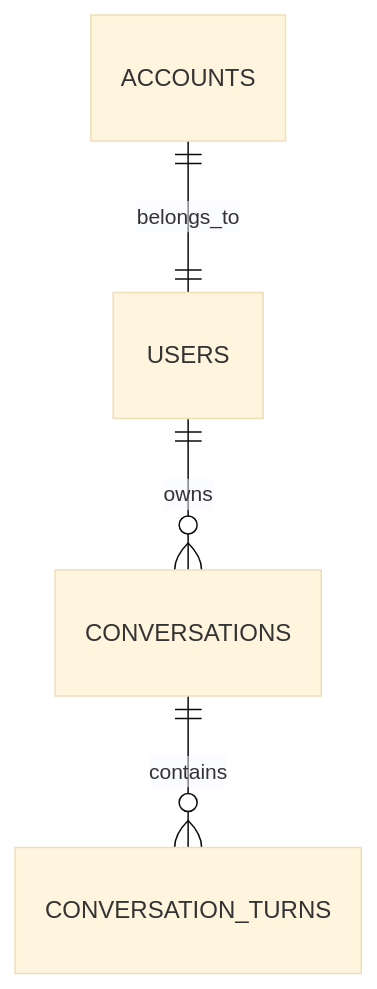
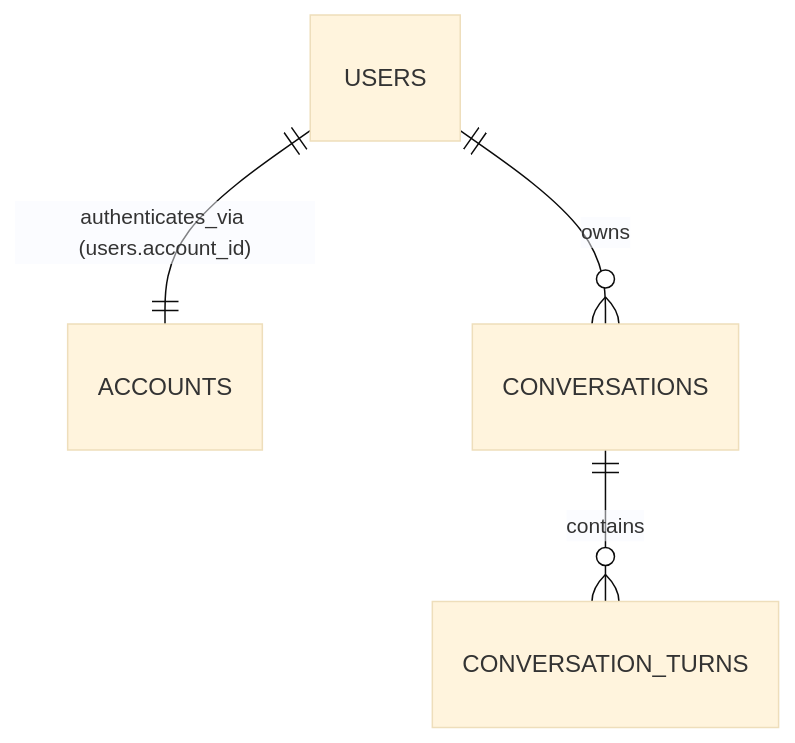
One commit to legal-graphrag-platform-vn/legal-graphrag-platform-vn changed the diagram in plans/agent-plan-feats/20_user_auth_and_history.md. Above: the diagram before and after it, drawn with Mermaid (base theme). The commit also changed other lines of this file and 12 other files, not shown here.

````diff
--- a/plans/agent-plan-feats/20_user_auth_and_history.md
+++ b/plans/agent-plan-feats/20_user_auth_and_history.md
@@ -49,6 +66,6 @@
 ```mermaid
 erDiagram
-    ACCOUNTS ||--|| USERS : belongs_to
+    USERS ||--|| ACCOUNTS : "authenticates_via (users.account_id)"
     USERS ||--o{ CONVERSATIONS : owns
     CONVERSATIONS ||--o{ CONVERSATION_TURNS : contains
 ```
````
